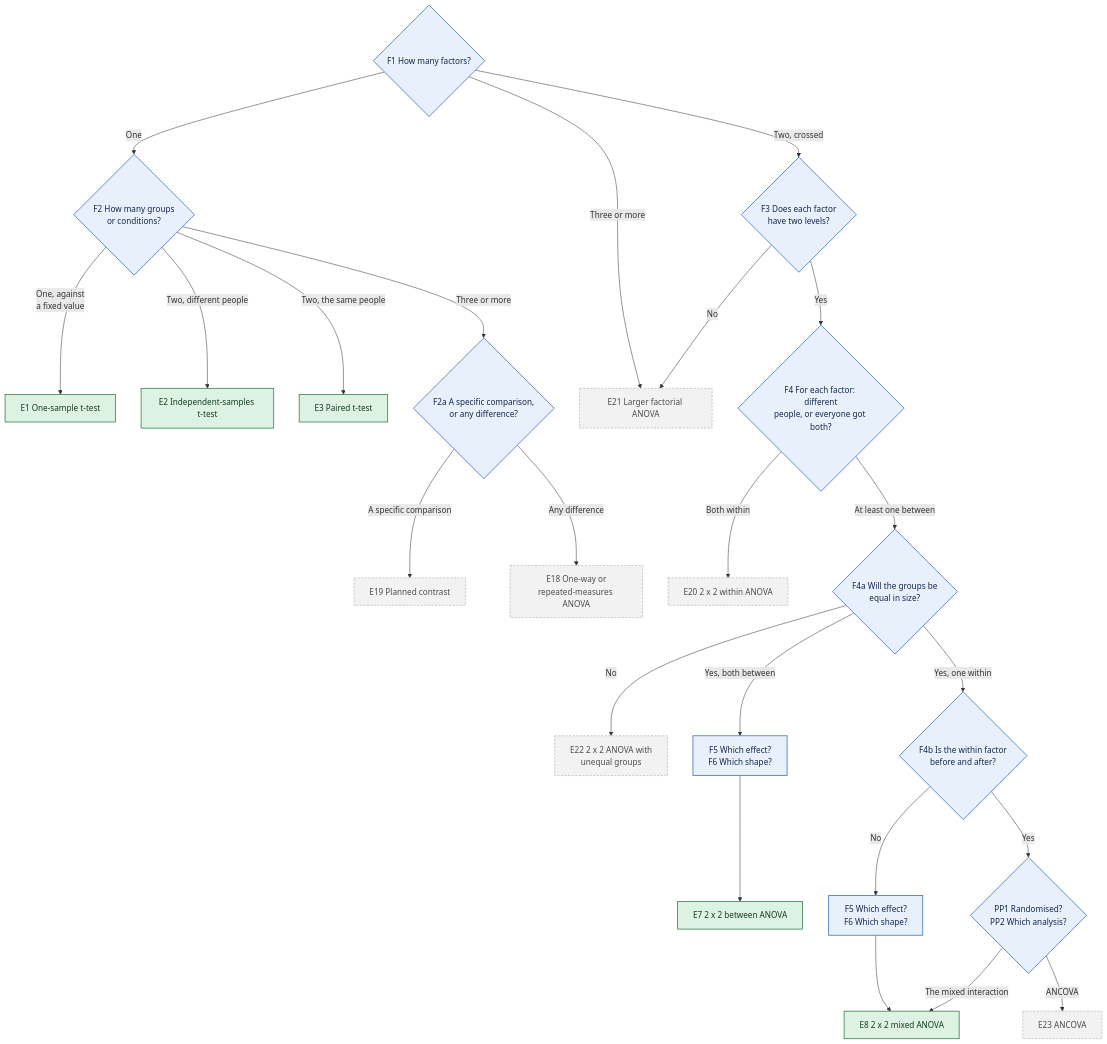
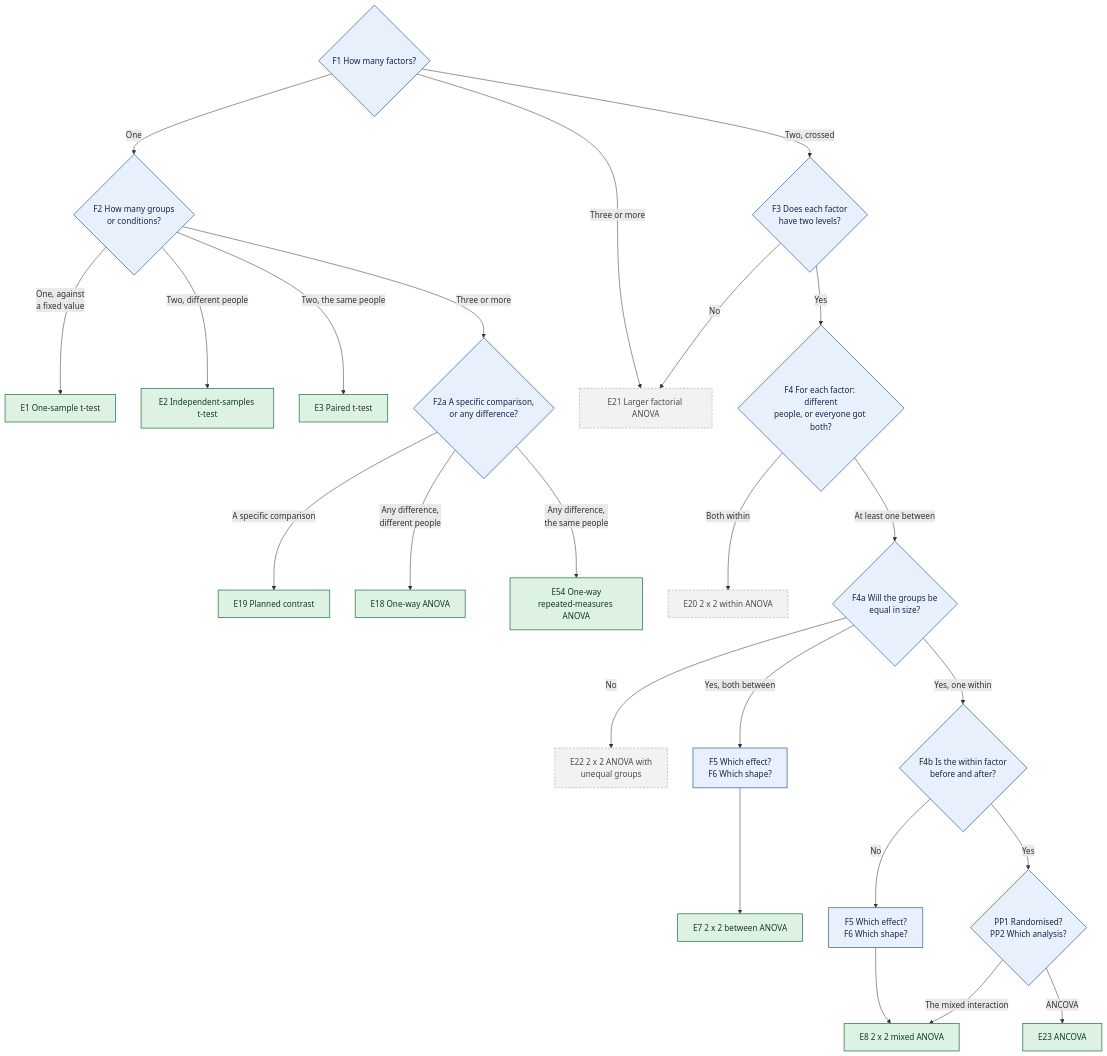
One commit to JoelThornton/Powerkit changed the fourth of 11 diagrams in docs/decision-tree.md. Above: the diagram before and after it, drawn with Mermaid. The commit also changed other lines of this file and 34 other files, not shown here.

````diff
--- a/docs/decision-tree.md
+++ b/docs/decision-tree.md
@@ -329,34 +329,35 @@
 ```mermaid
 flowchart TD
   F1{"F1 How many factors?"}
   F1 -->|One| F2{"F2 How many groups<br/>or conditions?"}
   F2 -->|One, against<br/>a fixed value| E1["E1 One-sample t-test"]
   F2 -->|Two, different people| E2["E2 Independent-samples t-test"]
   F2 -->|Two, the same people| E3["E3 Paired t-test"]
   F2 -->|Three or more| F2a{"F2a A specific comparison,<br/>or any difference?"}
   F2a -->|A specific comparison| E19["E19 Planned contrast"]
-  F2a -->|Any difference| E18["E18 One-way or<br/>repeated-measures ANOVA"]
+  F2a -->|Any difference,<br/>different people| E18["E18 One-way ANOVA"]
+  F2a -->|Any difference,<br/>the same people| E54["E54 One-way<br/>repeated-measures ANOVA"]
   F1 -->|Three or more| E21["E21 Larger factorial ANOVA"]
   F1 -->|Two, crossed| F3{"F3 Does each factor<br/>have two levels?"}
   F3 -->|No| E21
   F3 -->|Yes| F4{"F4 For each factor: different<br/>people, or everyone got both?"}
   F4 -->|Both within| E20["E20 2 x 2 within ANOVA"]
   F4 -->|At least one between| F4a{"F4a Will the groups be<br/>equal in size?"}
   F4a -->|No| E22["E22 2 x 2 ANOVA with<br/>unequal groups"]
   F4a -->|Yes, both between| F5b["F5 Which effect?<br/>F6 Which shape?"]
   F5b --> E7["E7 2 x 2 between ANOVA"]
   F4a -->|Yes, one within| F4b{"F4b Is the within factor<br/>before and after?"}
   F4b -->|No| F5m["F5 Which effect?<br/>F6 Which shape?"]
   F5m --> E8["E8 2 x 2 mixed ANOVA"]
   F4b -->|Yes| PP{"PP1 Randomised?<br/>PP2 Which analysis?"}
   PP -->|The mixed interaction| E8
   PP -->|ANCOVA| E23["E23 ANCOVA"]
   class F1,F2,F2a,F3,F4,F4a,F4b,PP,F5b,F5m q
-  class E1,E2,E3,E7,E8 avail
-  class E18,E19,E20,E21,E22,E23 later
+  class E1,E2,E3,E7,E8,E18,E19,E23,E54 avail
+  class E20,E21,E22 later
   classDef q fill:#E8F0FB,stroke:#3B6FB6,color:#14284B,stroke-width:1.5px
   classDef avail fill:#DDF2E3,stroke:#2E7D4F,color:#123D24,stroke-width:1.5px
   classDef spec fill:#FFF0D1,stroke:#B97A00,color:#4A3200,stroke-width:1.5px
   classDef later fill:#F2F2F2,stroke:#9A9A9A,color:#4D4D4D,stroke-width:1px,stroke-dasharray:4 3
   classDef jump fill:#FFFFFF,stroke:#3B6FB6,color:#14284B,stroke-width:1.5px,stroke-dasharray:6 3
 ```
````
